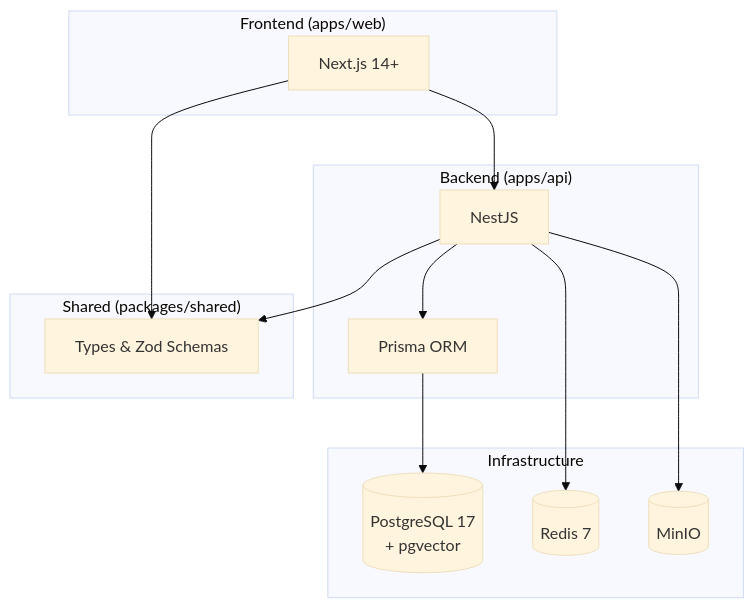
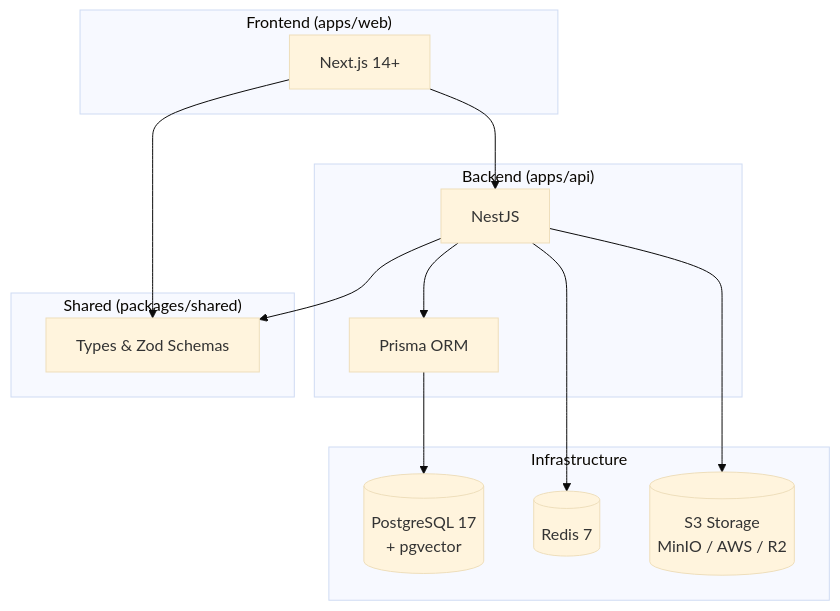
The diagram in README.md (kbudisantoso/ktb.clubmanager), drawn with Mermaid (base theme) before and after one commit. The commit also changed other lines of this file and 4 other files, not shown here.

````diff
--- a/README.md
+++ b/README.md
@@ -135,29 +135,29 @@
 ```mermaid
 graph TB
     subgraph "Frontend (apps/web)"
         WEB[Next.js 14+]
     end
 
     subgraph "Backend (apps/api)"
         API[NestJS]
         PRISMA[Prisma ORM]
     end
 
     subgraph "Shared (packages/shared)"
         TYPES[Types & Zod Schemas]
     end
 
     subgraph "Infrastructure"
         PG[(PostgreSQL 17<br/>+ pgvector)]
         RD[(Redis 7)]
-        MINIO[(MinIO)]
+        S3[(S3 Storage<br/>MinIO / AWS / R2)]
     end
 
     WEB --> API
     WEB --> TYPES
     API --> TYPES
     API --> PRISMA
     PRISMA --> PG
     API --> RD
-    API --> MINIO
+    API --> S3
 ```
````
